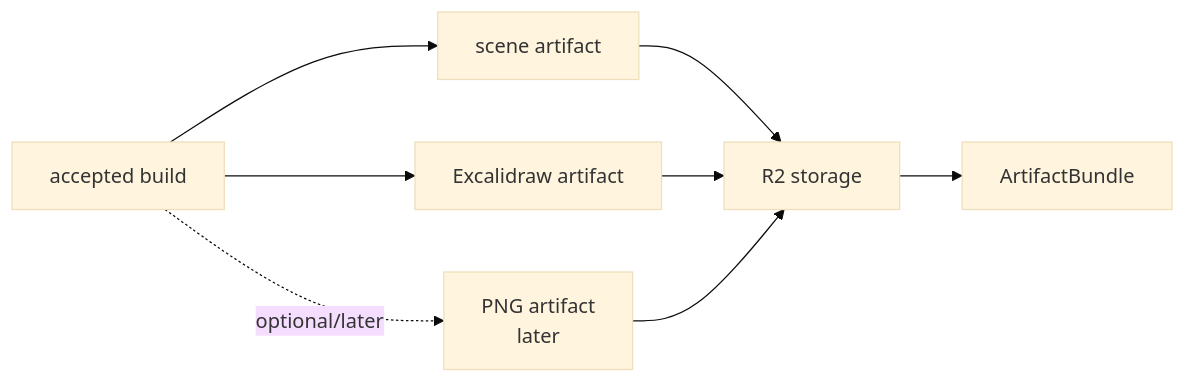
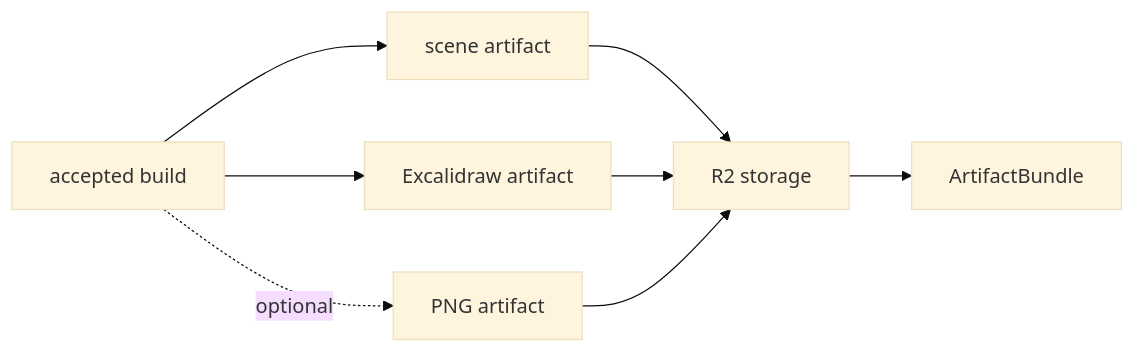
One commit to shpitdev/sketchi changed diagram 11 of 17 in docs/mcp-tool-catalog.md. Above: the diagram before and after it, drawn with Mermaid (base theme). The commit also changed other lines of this file and 31 other files, not shown here.

````diff
--- a/docs/mcp-tool-catalog.md
+++ b/docs/mcp-tool-catalog.md
@@ -650,17 +658,17 @@
 ```mermaid
 flowchart LR
   Accepted["accepted build"]
   Scene["scene artifact"]
   Excalidraw["Excalidraw artifact"]
-  Png["PNG artifact<br/>later"]
+  Png["PNG artifact"]
   R2["R2 storage"]
   Ref["ArtifactBundle"]
 
   Accepted --> Scene
   Accepted --> Excalidraw
-  Accepted -. "optional/later" .-> Png
+  Accepted -. "optional" .-> Png
   Scene --> R2
   Excalidraw --> R2
   Png --> R2
   R2 --> Ref
 ```
````
